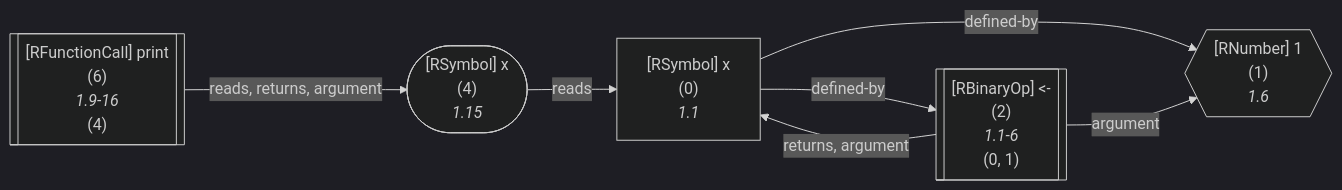
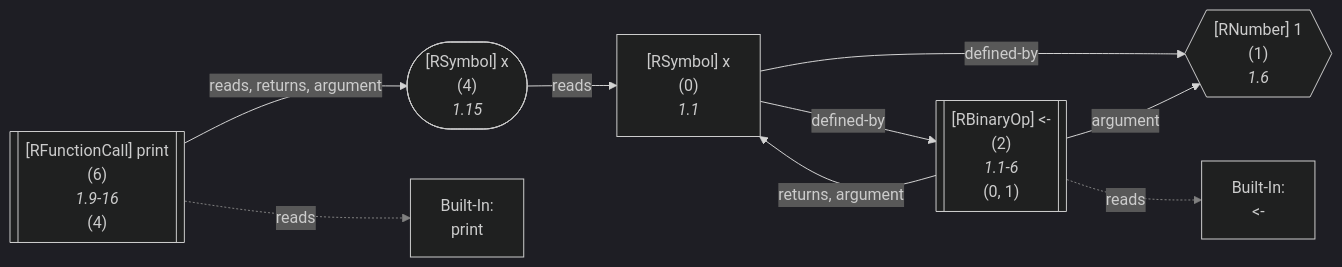
The second of 2 diagrams in wiki/Core.md (flowr-analysis/flowr), drawn with Mermaid (dark theme) before and after one commit. The commit also changed other lines of this file and 7 other files, not shown here.

Commit message:
[skip ci] doc: update generated wiki pages (wiki/Capabilities,wiki/Dataflow Graph,wiki/Search API,wiki/Interface,wiki/Control Flow Graph,wiki/Linting and Testing,wiki/Core,README)

````diff
--- a/wiki/Core.md
+++ b/wiki/Core.md
@@ -327,26 +327,34 @@
 ```mermaid
 flowchart LR
     1{{"`#91;RNumber#93; 1
       (1)
       *1.6*`"}}
     0["`#91;RSymbol#93; x
       (0)
       *1.1*`"]
     2[["`#91;RBinaryOp#93; #60;#45;
       (2)
       *1.1-6*
     (0, 1)`"]]
+    built-in:_-["`Built-In:
+#60;#45;`"]
     4(["`#91;RSymbol#93; x
       (4)
       *1.15*`"])
     6[["`#91;RFunctionCall#93; print
       (6)
       *1.9-16*
     (4)`"]]
+    built-in:print["`Built-In:
+print`"]
     0 -->|"defined-by"| 1
     0 -->|"defined-by"| 2
     2 -->|"argument"| 1
     2 -->|"returns, argument"| 0
+    2 -.->|"reads"| built-in:_-
+    linkStyle 4 stroke:gray;
     4 -->|"reads"| 0
     6 -->|"reads, returns, argument"| 4
+    6 -.->|"reads"| built-in:print
+    linkStyle 7 stroke:gray;
 ```
````
